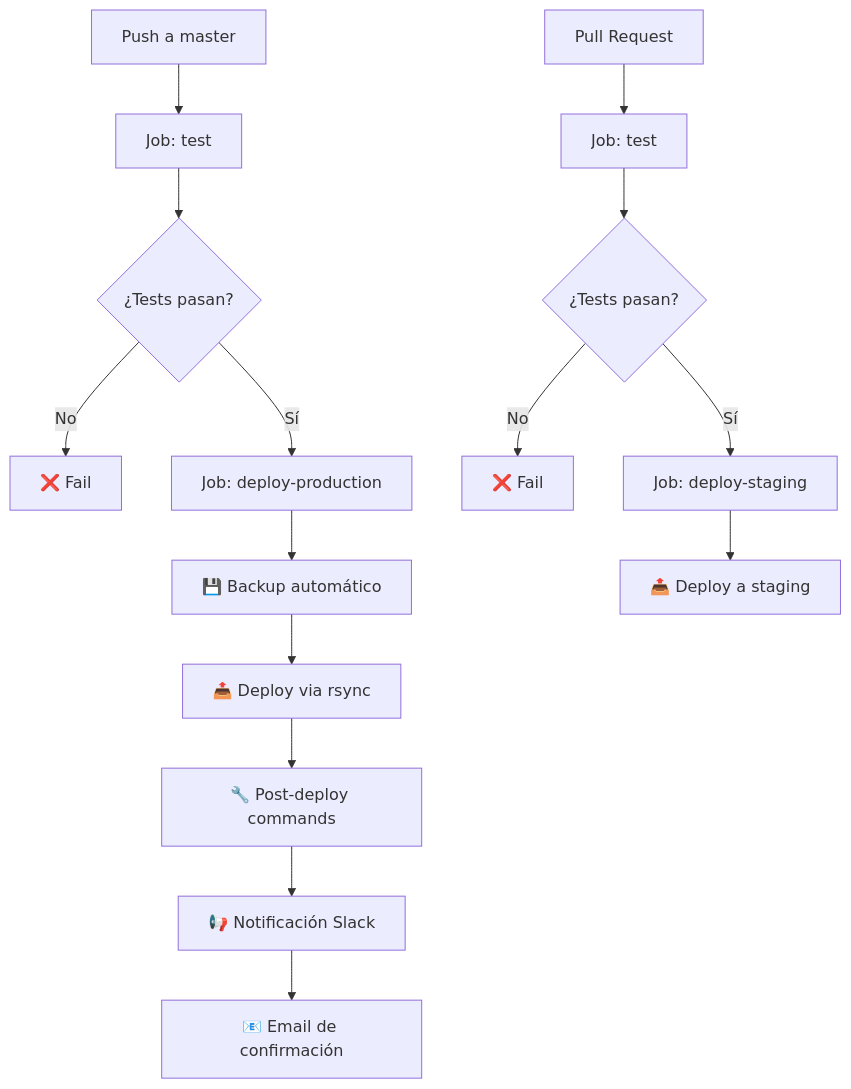
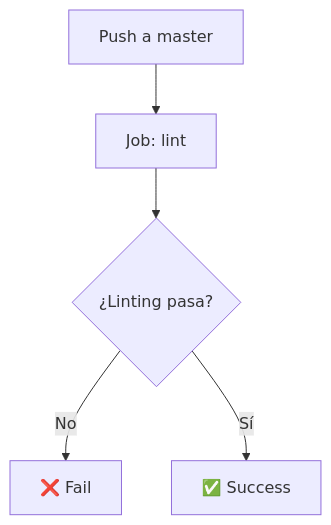
One commit to Wizarck/palafito-b2b changed the diagram in README.md. Above: the diagram before and after it, drawn with Mermaid. The commit also changed other lines of this file, not shown here.

````diff
--- a/README.md
+++ b/README.md
@@ -282,18 +214,7 @@
 ```mermaid
 graph TD
-    A[Push a master] --> B[Job: test]
-    B --> C{¿Tests pasan?}
+    A[Push a master] --> B[Job: lint]
+    B --> C{¿Linting pasa?}
     C -->|No| D[❌ Fail]
-    C -->|Sí| E[Job: deploy-production]
-    E --> F[💾 Backup automático]
-    F --> G[📤 Deploy via rsync]
-    G --> H[🔧 Post-deploy commands]
-    H --> I[📢 Notificación Slack]
-    I --> J[📧 Email de confirmación]
-    
-    K[Pull Request] --> L[Job: test]
-    L --> M{¿Tests pasan?}
-    M -->|No| N[❌ Fail]
-    M -->|Sí| O[Job: deploy-staging]
-    O --> P[📤 Deploy a staging]
+    C -->|Sí| E[✅ Success]
 ```
````
